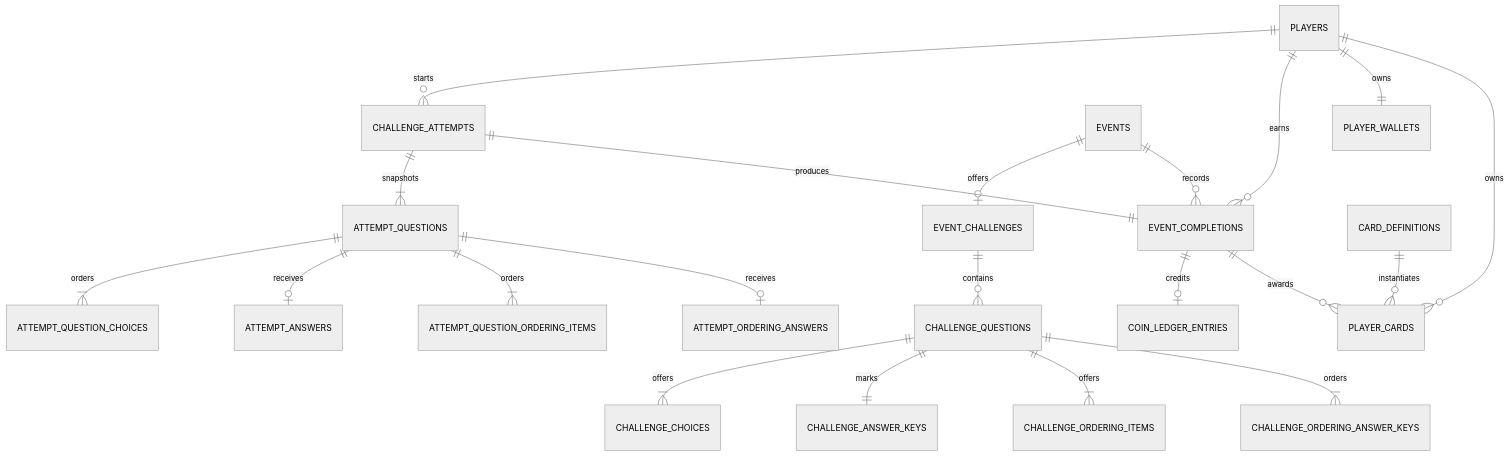
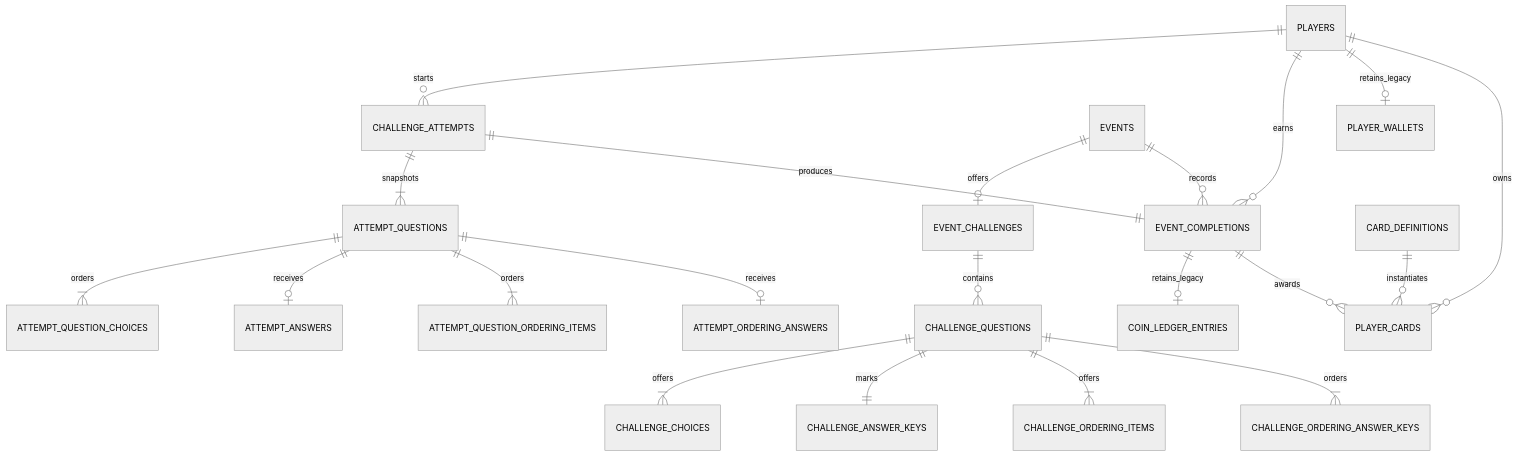
One commit to Gradient-Ascenders/Wits-World changed the diagram in docs/database/challenge-reward-persistence-design.md. Above: the diagram before and after it, drawn with Mermaid (neutral theme). The commit also changed other lines of this file and 39 other files, not shown here.

````diff
--- a/docs/database/challenge-reward-persistence-design.md
+++ b/docs/database/challenge-reward-persistence-design.md
@@ -77,23 +80,23 @@
 ```mermaid
 erDiagram
   PLAYERS ||--o{ CHALLENGE_ATTEMPTS : starts
   EVENTS ||--o| EVENT_CHALLENGES : offers
   EVENT_CHALLENGES ||--o{ CHALLENGE_QUESTIONS : contains
   CHALLENGE_QUESTIONS ||--|{ CHALLENGE_CHOICES : offers
   CHALLENGE_QUESTIONS ||--|| CHALLENGE_ANSWER_KEYS : marks
   CHALLENGE_QUESTIONS ||--|{ CHALLENGE_ORDERING_ITEMS : offers
   CHALLENGE_QUESTIONS ||--|{ CHALLENGE_ORDERING_ANSWER_KEYS : orders
   CHALLENGE_ATTEMPTS ||--|{ ATTEMPT_QUESTIONS : snapshots
   ATTEMPT_QUESTIONS ||--|{ ATTEMPT_QUESTION_CHOICES : orders
   ATTEMPT_QUESTIONS ||--o| ATTEMPT_ANSWERS : receives
   ATTEMPT_QUESTIONS ||--|{ ATTEMPT_QUESTION_ORDERING_ITEMS : orders
   ATTEMPT_QUESTIONS ||--o| ATTEMPT_ORDERING_ANSWERS : receives
   PLAYERS ||--o{ EVENT_COMPLETIONS : earns
   EVENTS ||--o{ EVENT_COMPLETIONS : records
   CHALLENGE_ATTEMPTS ||--|| EVENT_COMPLETIONS : produces
-  PLAYERS ||--|| PLAYER_WALLETS : owns
-  EVENT_COMPLETIONS ||--o| COIN_LEDGER_ENTRIES : credits
+  PLAYERS ||--o| PLAYER_WALLETS : retains_legacy
+  EVENT_COMPLETIONS ||--o| COIN_LEDGER_ENTRIES : retains_legacy
   PLAYERS ||--o{ PLAYER_CARDS : owns
   CARD_DEFINITIONS ||--o{ PLAYER_CARDS : instantiates
   EVENT_COMPLETIONS ||--o{ PLAYER_CARDS : awards
 ```
````
